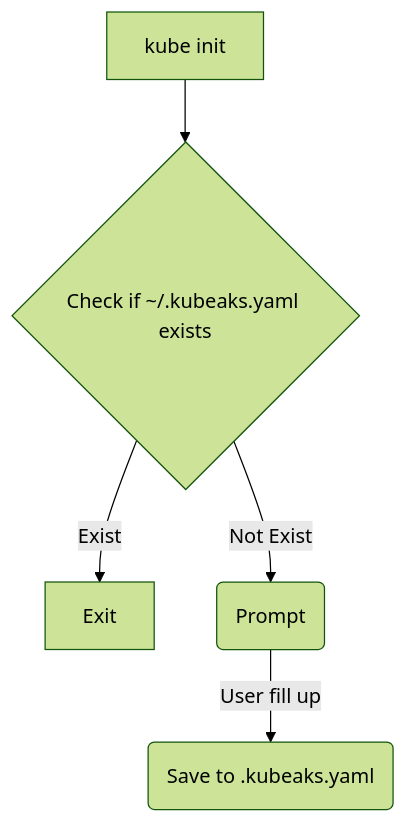
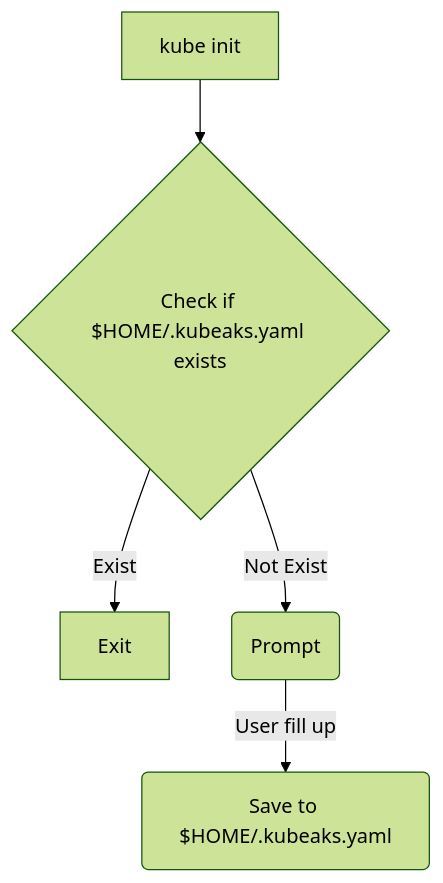
One commit to aoshfan/kubeaks changed the diagram in docs/kubeaks-init.md. Above: the diagram before and after it, drawn with Mermaid (forest theme). The commit also changed other lines of this file, not shown here.

Commit message:
Update kubeaks-init.md
Fix mermaid can't user tilda '~'

````diff
--- a/docs/kubeaks-init.md
+++ b/docs/kubeaks-init.md
@@ -7,8 +6,7 @@
 ```mermaid
-flowchart TD
-    A[kube init] -->B{Check if ~/.kubeaks.yaml exists}
-    B --> |Exist| Exit
-    B --> |Not Exist| C(Prompt)
-    C --> |User fill up| D(Save to .kubeaks.yaml)
-    
+graph TD;
+    A[kube init]-->B{Check if $HOME/.kubeaks.yaml exists};
+    B-->|Exist| Exit;
+    B-->|Not Exist| C(Prompt);
+    C-->|User fill up| D(Save to $HOME/.kubeaks.yaml);
 ```
````
